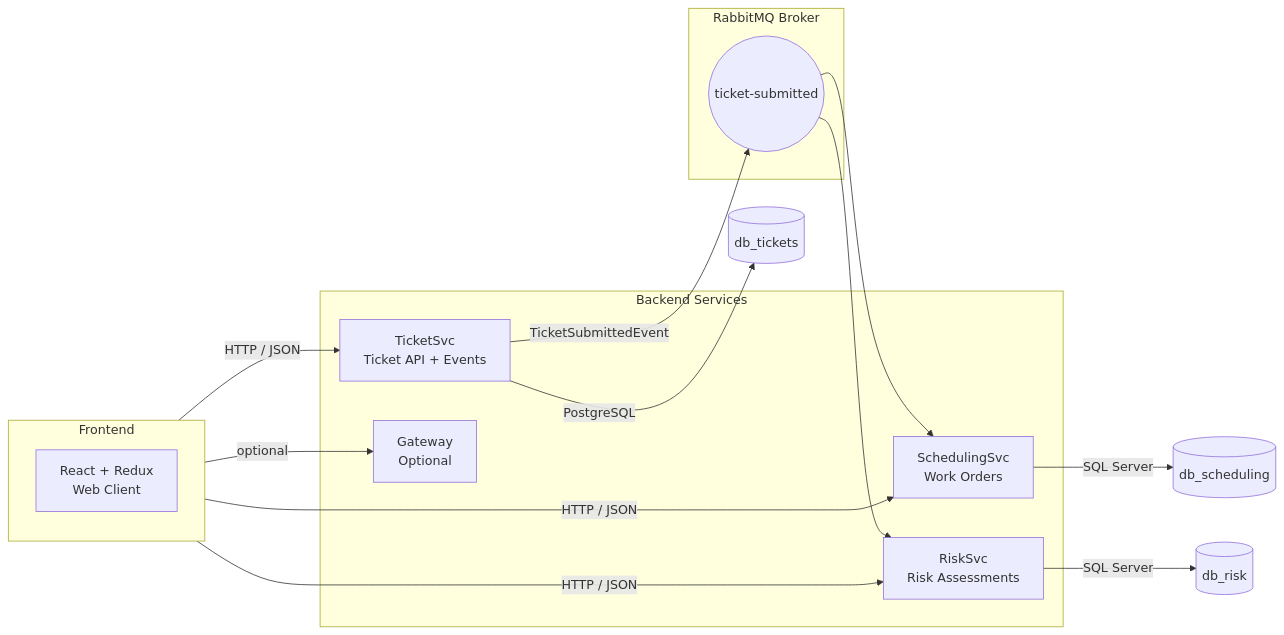
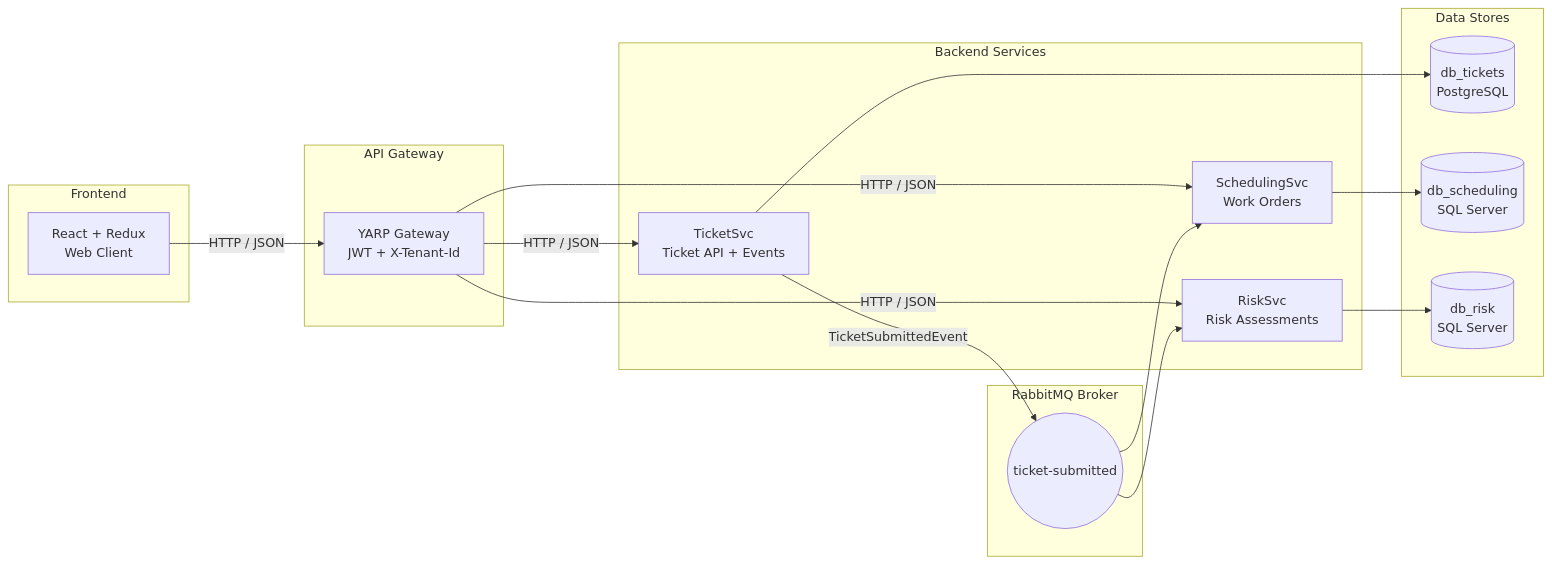
Before and after one commit to Sbadhon/Damage-Prevention: the diagram in README.md, drawn with Mermaid. The commit also changed other lines of this file and 78 other files, not shown here.

````diff
--- a/README.md
+++ b/README.md
@@ -22,30 +20,42 @@
 ```mermaid
 flowchart LR
     subgraph FE[Frontend]
         W[React + Redux<br/>Web Client]
     end
 
+    subgraph GW[API Gateway]
+        G[YARP Gateway<br/>JWT + X-Tenant-Id]
+    end
+
     subgraph API[Backend Services]
         T[TicketSvc<br/>Ticket API + Events]
         S[SchedulingSvc<br/>Work Orders]
         R[RiskSvc<br/>Risk Assessments]
-        G[Gateway<br/>Optional]
     end
 
     subgraph MQ[RabbitMQ Broker]
         Q1((ticket-submitted))
     end
 
-    FE -->|HTTP / JSON| T
-    FE -->|HTTP / JSON| S
-    FE -->|HTTP / JSON| R
-    FE -->|optional| G
+    subgraph DB[Data Stores]
+        DB2[(db_tickets<br/>PostgreSQL)]
+        DB1[(db_scheduling<br/>SQL Server)]
+        DB3[(db_risk<br/>SQL Server)]
+    end
 
+    %% HTTP call flow
+    W -->|HTTP / JSON| G
+    G -->|HTTP / JSON| T
+    G -->|HTTP / JSON| S
+    G -->|HTTP / JSON| R
+
+    %% Events
     T -- TicketSubmittedEvent --> Q1
     Q1 --> S
     Q1 --> R
 
-    S -->|SQL Server| DB1[(db_scheduling)]
-    T -->|PostgreSQL| DB2[(db_tickets)]
-    R -->|SQL Server| DB3[(db_risk)]
+    %% Persistence
+    T --> DB2
+    S --> DB1
+    R --> DB3
 ```
````
